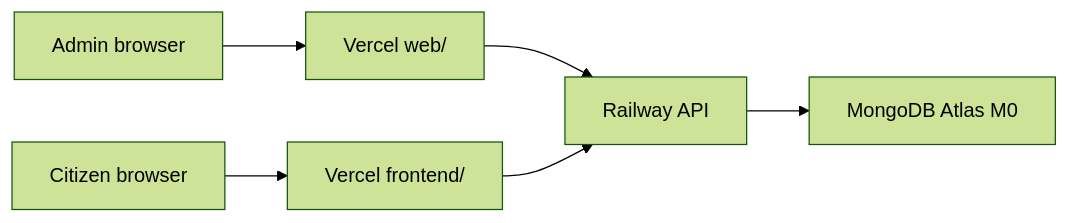
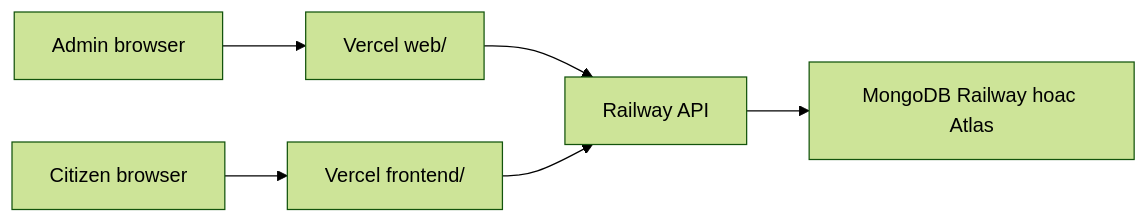
Before and after one commit to duy8208427/Mobile_app_for_planning: the diagram in HUONG-DAN-WEB.md, drawn with Mermaid (forest theme). The commit also changed other lines of this file and 3 other files, not shown here.

````diff
--- a/HUONG-DAN-WEB.md
+++ b/HUONG-DAN-WEB.md
@@ -78,15 +95,15 @@
 ```mermaid
 flowchart LR
   UserAdmin["Admin browser"]
   UserCitizen["Citizen browser"]
   VercelWeb["Vercel web/"]
   VercelFrontend["Vercel frontend/"]
   Railway["Railway API"]
-  Atlas["MongoDB Atlas M0"]
+  MongoCloud["MongoDB Railway hoac Atlas"]
 
   UserAdmin --> VercelWeb
   UserCitizen --> VercelFrontend
   VercelWeb --> Railway
   VercelFrontend --> Railway
-  Railway --> Atlas
+  Railway --> MongoCloud
 ```
````
